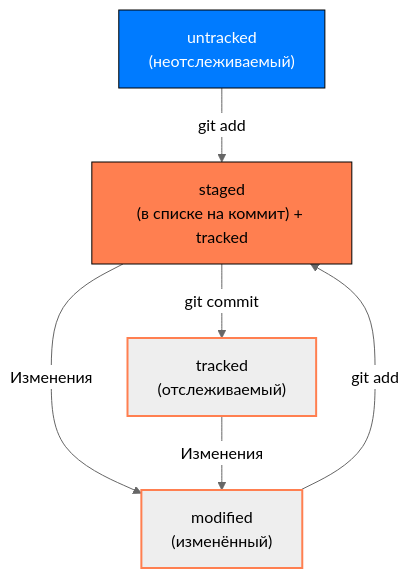
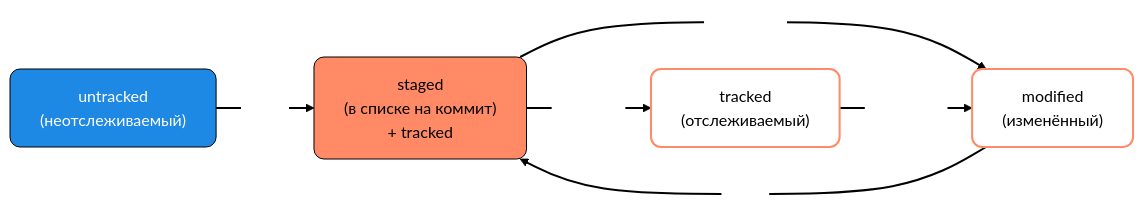
One commit to RamilAbyshov/git_helper changed the diagram in README.md. Above: the diagram before and after it, drawn with Mermaid (neutral theme).

Commit message:
changed diagram

````diff
--- a/README.md
+++ b/README.md
@@ -55,23 +55,24 @@
 ```mermaid
-graph TD
+graph LR
     untracked["untracked<br/>(неотслеживаемый)"]
     modified["modified<br/>(изменённый)"]
-    staged["staged<br/>(в списке на коммит) + tracked"]
+    staged["staged<br/>(в списке на коммит)<br/>+ tracked"]
     tracked["tracked<br/>(отслеживаемый)"]
 
     untracked -- "git add" --> staged
+    modified -- "git add" --> staged
+    staged -- "git commit" --> tracked
     staged -- "Изменения" --> modified
-    staged -- "git commit" --> tracked
     tracked -- "Изменения" --> modified
-    modified -- "git add" --> staged
 
     class untracked blueNode
     class staged orangeNode
-    class modified orangeBorder
-    class tracked orangeBorder
-
-    classDef blueNode fill:#007bff,stroke:#000,color:#fff
-    classDef orangeNode fill:#ff7f50,stroke:#000,color:#000
-    classDef orangeBorder stroke:#ff7f50,stroke-width:2px,color:#000
-
+    class modified whiteNode
+    class tracked whiteNode
+    
+    classDef blueNode fill:#1E88E5,stroke:#000,color:#fff,rx:10,ry:10
+    classDef orangeNode fill:#FF8A65,stroke:#000,color:#000,rx:10,ry:10
+    classDef whiteNode fill:#ffffff,stroke:#FF8A65,stroke-width:2px,color:#000,rx:10,ry:10
+    
+    linkStyle 0,1,2,3,4 stroke:#000,stroke-width:2px,color:#fff,fill:#ffffff
 ```
````
